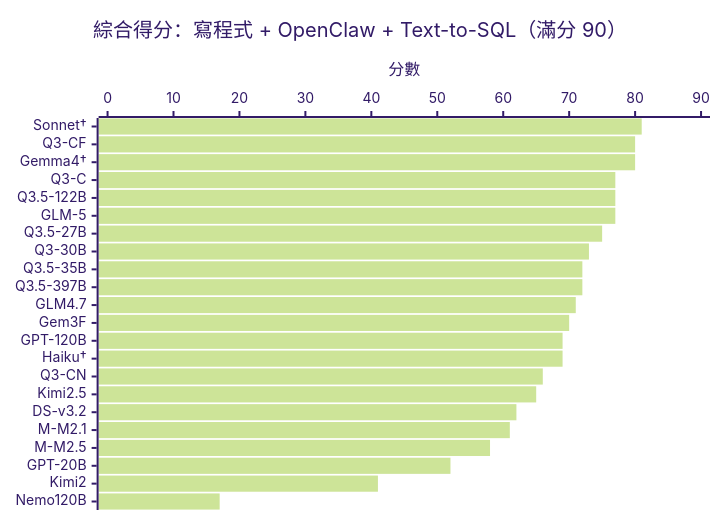
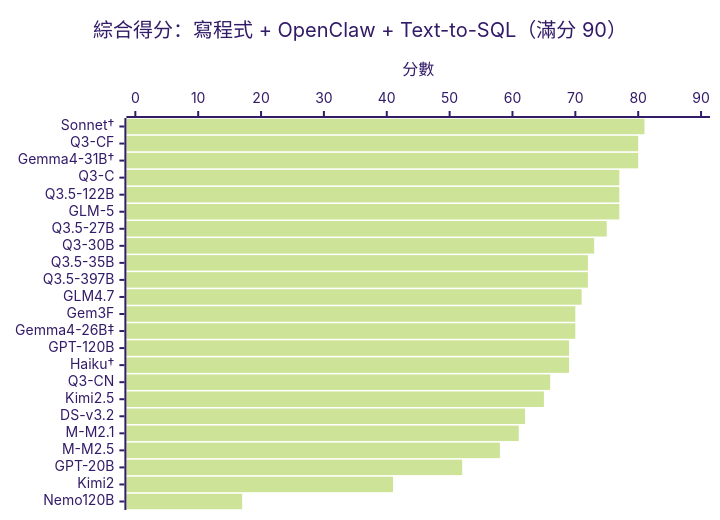
One commit to ywchiu/local_agentic_llm changed the first of 2 diagrams in README_zh.md. Above: the diagram before and after it, drawn with Mermaid (forest theme). The commit also changed other lines of this file and 5 other files, not shown here.

````diff
--- a/README_zh.md
+++ b/README_zh.md
@@ -18,7 +18,7 @@
 ```mermaid
 xychart-beta horizontal
     title "綜合得分：寫程式 + OpenClaw + Text-to-SQL（滿分 90）"
-    x-axis ["Sonnet†", "Q3-CF", "Gemma4†", "Q3-C", "Q3.5-122B", "GLM-5", "Q3.5-27B", "Q3-30B", "Q3.5-35B", "Q3.5-397B", "GLM4.7", "Gem3F", "GPT-120B", "Haiku†", "Q3-CN", "Kimi2.5", "DS-v3.2", "M-M2.1", "M-M2.5", "GPT-20B", "Kimi2", "Nemo120B"]
+    x-axis ["Sonnet†", "Q3-CF", "Gemma4-31B†", "Q3-C", "Q3.5-122B", "GLM-5", "Q3.5-27B", "Q3-30B", "Q3.5-35B", "Q3.5-397B", "GLM4.7", "Gem3F", "Gemma4-26B‡", "GPT-120B", "Haiku†", "Q3-CN", "Kimi2.5", "DS-v3.2", "M-M2.1", "M-M2.5", "GPT-20B", "Kimi2", "Nemo120B"]
     y-axis "分數" 0 --> 90
-    bar [81, 80, 80, 77, 77, 77, 75, 73, 72, 72, 71, 70, 69, 69, 66, 65, 62, 61, 58, 52, 41, 17]
+    bar [81, 80, 80, 77, 77, 77, 75, 73, 72, 72, 71, 70, 70, 69, 69, 66, 65, 62, 61, 58, 52, 41, 17]
 ```
````
